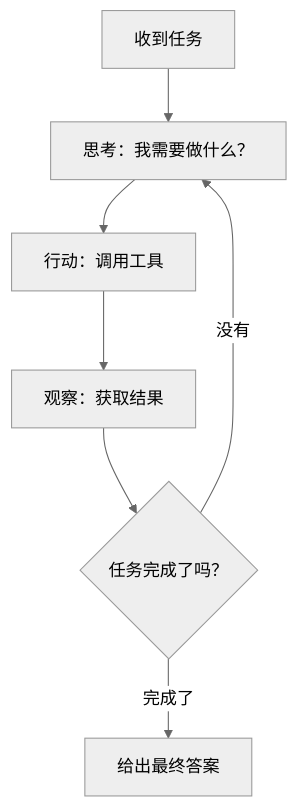
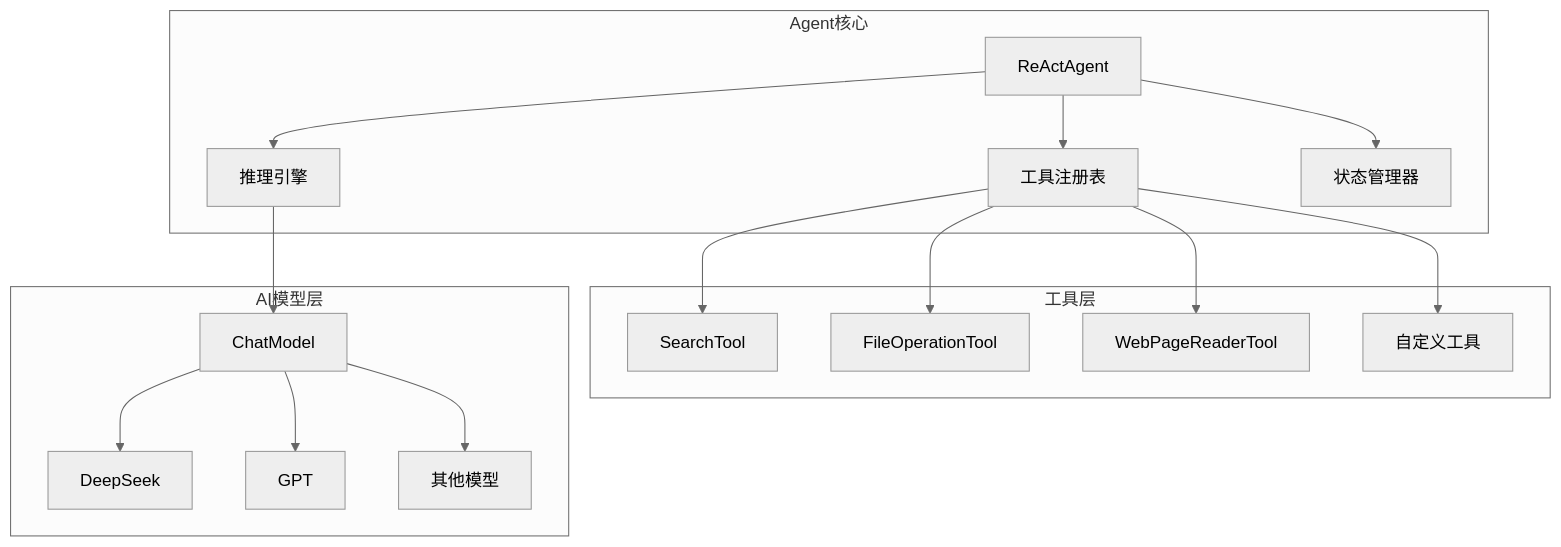
Before and after one commit to smartboot/feat: the first of 3 diagrams in pages/src/content/docs/ai/agent.mdx, drawn with Mermaid (neutral theme). The commit also changed other lines of this file and 1 other file, not shown here.

First line of the commit message:
docs(ai): 更新 AI Agent 文档内容

````diff
--- a/pages/src/content/docs/ai/agent.mdx
+++ b/pages/src/content/docs/ai/agent.mdx
@@ -63,9 +24,22 @@
 ```mermaid
 graph TD
-    A[收到任务] --> B[思考：我需要做什么？]
-    B --> C[行动：调用工具]
-    C --> D[观察：获取结果]
-    D --> E{任务完成了吗？}
-    E -->|没有| B
-    E -->|完成了| F[给出最终答案]
+    subgraph Agent核心
+        A[ReActAgent] --> B[推理引擎]
+        A --> C[工具注册表]
+        A --> D[状态管理器]
+    end
+    
+    subgraph 工具层
+        C --> E[SearchTool]
+        C --> F[FileOperationTool]
+        C --> G[WebPageReaderTool]
+        C --> H[自定义工具]
+    end
+    
+    subgraph AI模型层
+        B --> I[ChatModel]
+        I --> J[DeepSeek]
+        I --> K[GPT]
+        I --> L[其他模型]
+    end
 ```
````
